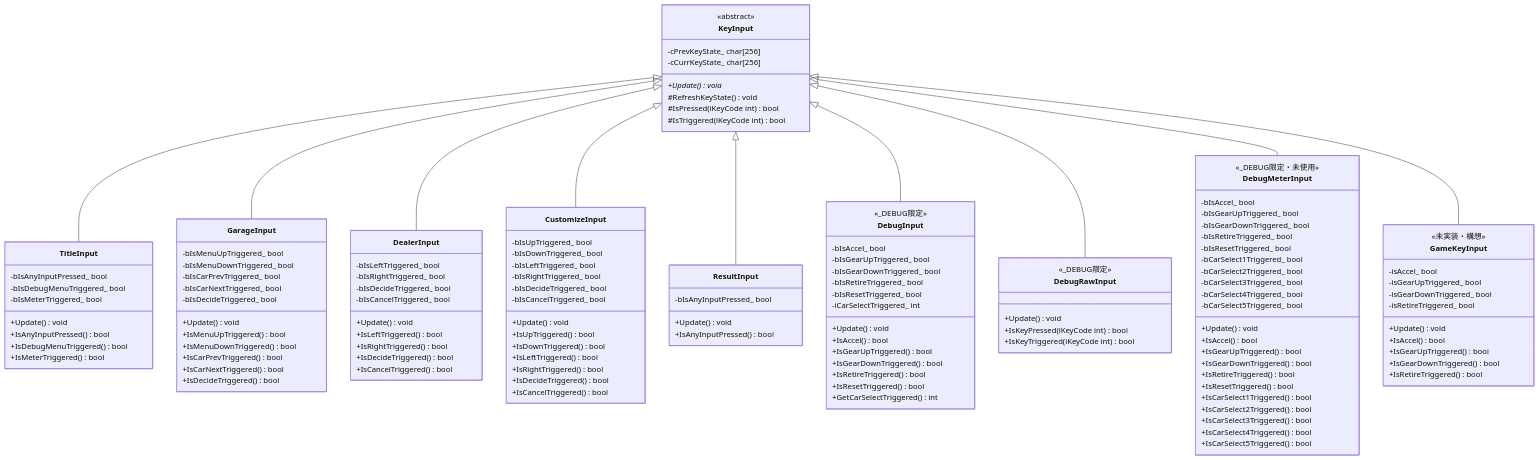
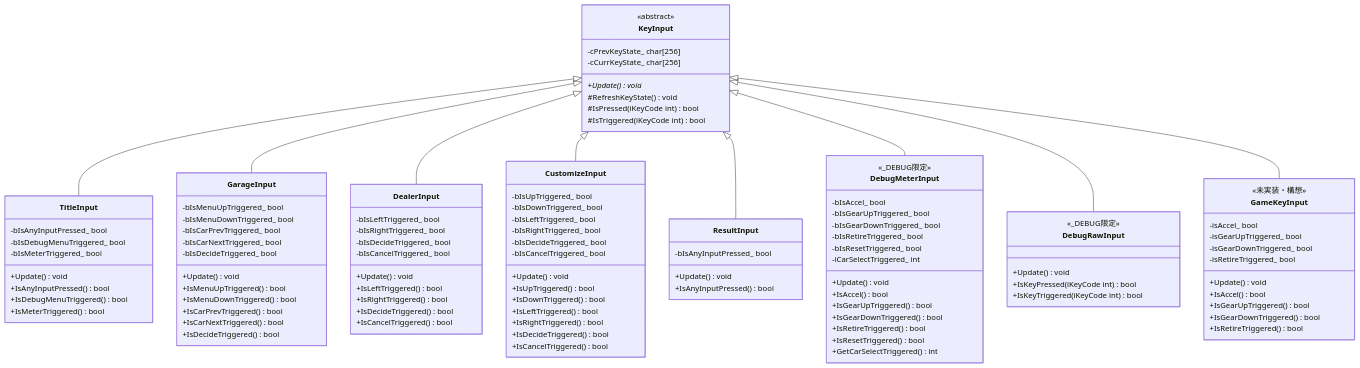
One commit to asukamekaru98/DragRaceGame2D changed the diagram in spec/uml/diagrams/class_KeyInput.md. Above: the diagram before and after it, drawn with Mermaid. The commit also changed other lines of this file and 9 other files, not shown here.

First line of the commit message:
DebugInputをDebugMeterInputにリネームし重複入力クラスを統合

````diff
--- a/spec/uml/diagrams/class_KeyInput.md
+++ b/spec/uml/diagrams/class_KeyInput.md
@@ -77,7 +77,7 @@
         +IsAnyInputPressed() bool
     }
 
-    class DebugInput {
+    class DebugMeterInput {
         <<_DEBUG限定>>
         -bIsAccel_ bool
         -bIsGearUpTriggered_ bool
@@ -101,31 +101,6 @@
         +IsKeyTriggered(iKeyCode int) bool
     }
 
-    class DebugMeterInput {
-        <<_DEBUG限定・未使用>>
-        -bIsAccel_ bool
-        -bIsGearUpTriggered_ bool
-        -bIsGearDownTriggered_ bool
-        -bIsRetireTriggered_ bool
-        -bIsResetTriggered_ bool
-        -bCarSelect1Triggered_ bool
-        -bCarSelect2Triggered_ bool
-        -bCarSelect3Triggered_ bool
-        -bCarSelect4Triggered_ bool
-        -bCarSelect5Triggered_ bool
-        +Update() void
-        +IsAccel() bool
-        +IsGearUpTriggered() bool
-        +IsGearDownTriggered() bool
-        +IsRetireTriggered() bool
-        +IsResetTriggered() bool
-        +IsCarSelect1Triggered() bool
-        +IsCarSelect2Triggered() bool
-        +IsCarSelect3Triggered() bool
-        +IsCarSelect4Triggered() bool
-        +IsCarSelect5Triggered() bool
-    }
-
     class GameKeyInput {
         <<未実装・構想>>
         -isAccel_ bool
@@ -144,8 +119,7 @@
     KeyInput <|-- DealerInput
     KeyInput <|-- CustomizeInput
     KeyInput <|-- ResultInput
-    KeyInput <|-- DebugInput
+    KeyInput <|-- DebugMeterInput
     KeyInput <|-- DebugRawInput
-    KeyInput <|-- DebugMeterInput
     KeyInput <|-- GameKeyInput
 ```
````
